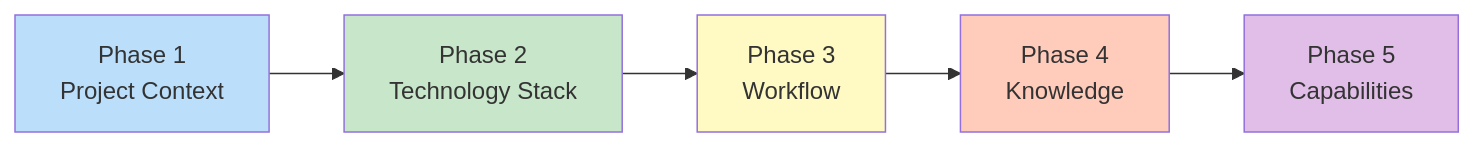
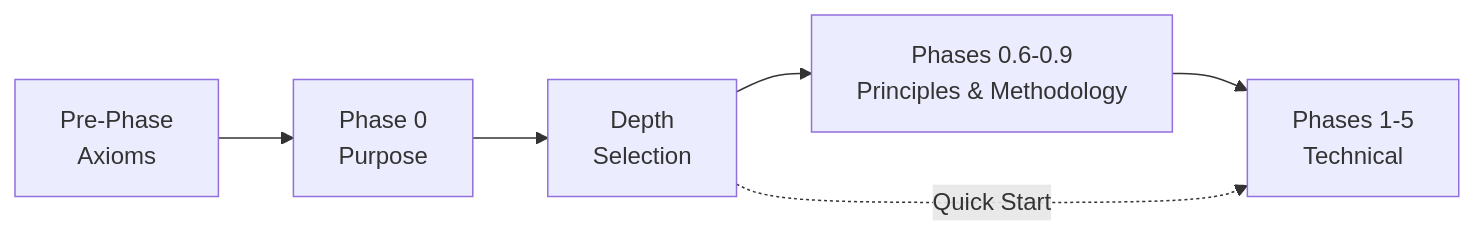
One commit to gitwalter/cursor-agent-factory changed the second of 5 diagrams in docs/USAGE_GUIDE.md. Above: the diagram before and after it, drawn with Mermaid. The commit also changed other lines of this file and 47 other files, not shown here.

Commit message:
feat: Implement 5-layer architecture with axioms, principles, methodology, and AI patterns

````diff
--- a/docs/USAGE_GUIDE.md
+++ b/docs/USAGE_GUIDE.md
@@ -75,16 +116,11 @@
 ```mermaid
 flowchart LR
-    P1["Phase 1<br/>Project Context"]
-    P2["Phase 2<br/>Technology Stack"]
-    P3["Phase 3<br/>Workflow"]
-    P4["Phase 4<br/>Knowledge"]
-    P5["Phase 5<br/>Capabilities"]
+    L0["Pre-Phase<br/>Axioms"]
+    L1["Phase 0<br/>Purpose"]
+    D["Depth<br/>Selection"]
+    L23["Phases 0.6-0.9<br/>Principles & Methodology"]
+    L4["Phases 1-5<br/>Technical"]
     
-    P1 --> P2 --> P3 --> P4 --> P5
-    
-    style P1 fill:#bbdefb
-    style P2 fill:#c8e6c9
-    style P3 fill:#fff9c4
-    style P4 fill:#ffccbc
-    style P5 fill:#e1bee7
+    L0 --> L1 --> D --> L23 --> L4
+    D -.->|"Quick Start"| L4
 ```
````
